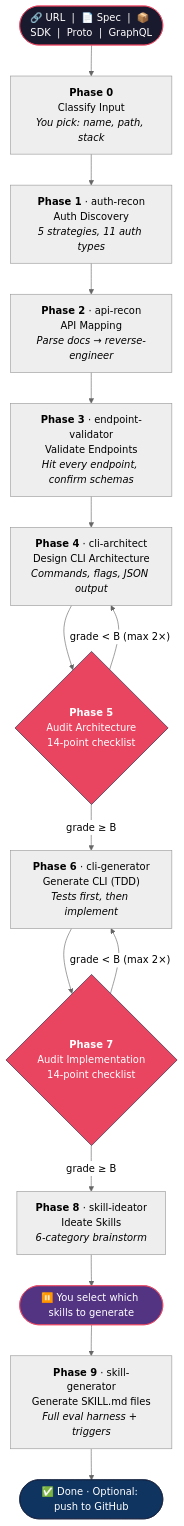
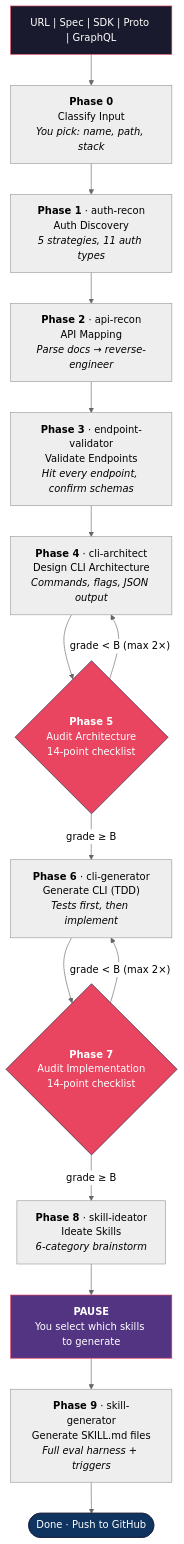
One commit to KalebCole/cli-generation changed the diagram in README.md. Above: the diagram before and after it, drawn with Mermaid (neutral theme).

Commit message:
fix: shorten pill node text to prevent truncation
INPUT and PAUSE converted from stadium to regular boxes.
Removed emojis and &nbsp; that were overloading the pill shapes.
DONE kept as stadium with shorter text.

````diff
--- a/README.md
+++ b/README.md
@@ -67,43 +67,43 @@
 ```mermaid
 flowchart TD
-    INPUT(["🔗 URL &nbsp;|&nbsp; 📄 Spec &nbsp;|&nbsp; 📦 SDK &nbsp;|&nbsp; Proto &nbsp;|&nbsp; GraphQL"])
+    INPUT["URL | Spec | SDK | Proto | GraphQL"]
     
     P0["<b>Phase 0</b><br/>Classify Input<br/><i>You pick: name, path, stack</i>"]
     
     P1["<b>Phase 1</b> · auth-recon<br/>Auth Discovery<br/><i>5 strategies, 11 auth types</i>"]
     P2["<b>Phase 2</b> · api-recon<br/>API Mapping<br/><i>Parse docs → reverse-engineer</i>"]
     P3["<b>Phase 3</b> · endpoint-validator<br/>Validate Endpoints<br/><i>Hit every endpoint, confirm schemas</i>"]
     
     P4["<b>Phase 4</b> · cli-architect<br/>Design CLI Architecture<br/><i>Commands, flags, JSON output</i>"]
     P5{"<b>Phase 5</b><br/>Audit Architecture<br/>14-point checklist"}
     
     P6["<b>Phase 6</b> · cli-generator<br/>Generate CLI (TDD)<br/><i>Tests first, then implement</i>"]
     P7{"<b>Phase 7</b><br/>Audit Implementation<br/>14-point checklist"}
     
     P8["<b>Phase 8</b> · skill-ideator<br/>Ideate Skills<br/><i>6-category brainstorm</i>"]
-    PAUSE(["⏸️ You select which skills to generate"])
+    PAUSE["<b>PAUSE</b><br/>You select which skills to generate"]
     P9["<b>Phase 9</b> · skill-generator<br/>Generate SKILL.md files<br/><i>Full eval harness + triggers</i>"]
     
-    DONE(["✅ Done · Optional: push to GitHub"])
+    DONE(["Done · Push to GitHub"])
 
     INPUT --> P0
     P0 --> P1
     P1 --> P2
     P2 --> P3
     P3 --> P4
     P4 --> P5
     P5 -->|"grade ≥ B"| P6
     P5 -->|"grade < B (max 2×)"| P4
     P6 --> P7
     P7 -->|"grade ≥ B"| P8
     P7 -->|"grade < B (max 2×)"| P6
     P8 --> PAUSE
     PAUSE --> P9
     P9 --> DONE
 
     style INPUT fill:#1a1a2e,stroke:#e94560,color:#fff
     style DONE fill:#0f3460,stroke:#16213e,color:#fff
     style PAUSE fill:#533483,stroke:#e94560,color:#fff
     style P5 fill:#e94560,stroke:#16213e,color:#fff
     style P7 fill:#e94560,stroke:#16213e,color:#fff
 ```
````
